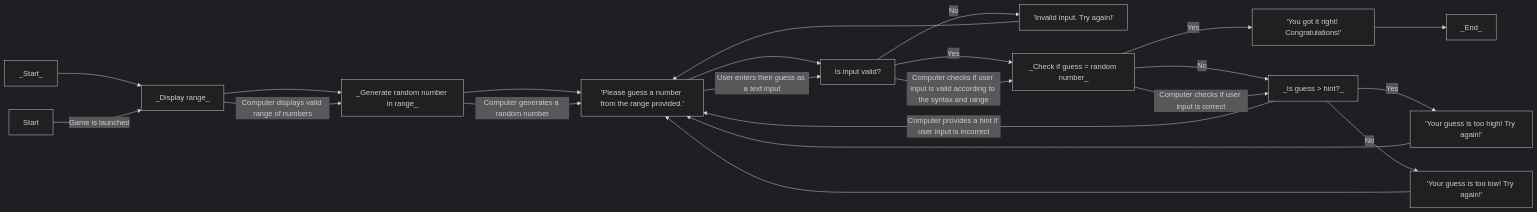
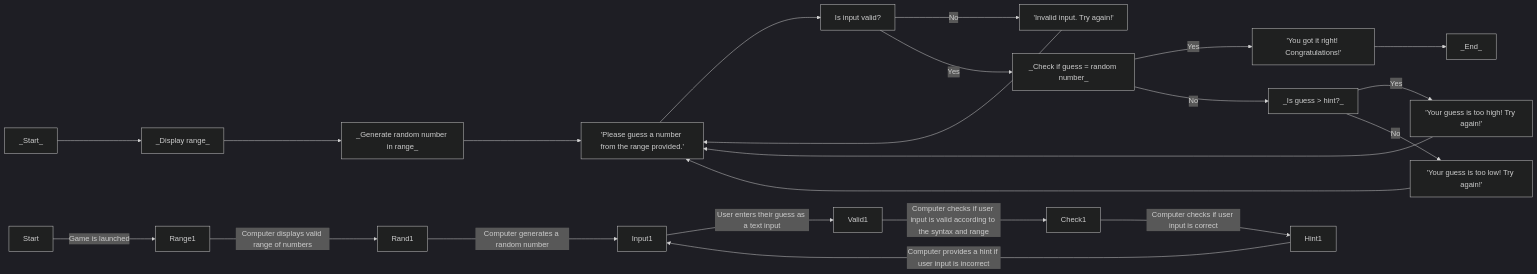
Before and after one commit to rfk-waketech/rfk-waketech.github.io: the diagram in Guessing.md, drawn with Mermaid (dark theme).

````diff
--- a/Guessing.md
+++ b/Guessing.md
@@ -1,16 +1,16 @@
 ```mermaid
 flowchart LR
 _Start_ --> Range[_Display range_]
 Range --> Rand[_Generate random number in range_]
 Rand --> Input['Please guess a number from the range provided.']
 Input --> Valid[Is input valid?]
 Valid --> |No| Error['Invalid input. Try again!'] --> Input
 Valid --> |Yes| Check[_Check if guess = random number_]
 Check --> |Yes| End['You got it right! Congratulations!'] --> _End_
 Check --> |No| Hint[_Is guess > hint?_]
 Hint --> |Yes| High['Your guess is too high! Try again!'] --> Input
 Hint --> |No| Low['Your guess is too low! Try again!'] --> Input
 
-%% Start --> Range --> Rand --> Input --> Valid --> Check --> Hint
-Start -- Game is launched --> Range -- Computer displays valid range of numbers --> Rand -- Computer generates a random number --> Input -- User enters their guess as a text input --> Valid -- Computer checks if user input is valid according to the syntax and range --> Check -- Computer checks if user input is correct --> Hint -- Computer provides a hint if user input is incorrect --> Input
+%% Start --> Range1 --> Rand1 --> Input1 --> Valid1 --> Check1 --> Hint1
+Start -- Game is launched --> Range1 -- Computer displays valid range of numbers --> Rand1 -- Computer generates a random number --> Input1 -- User enters their guess as a text input --> Valid1 -- Computer checks if user input is valid according to the syntax and range --> Check1 -- Computer checks if user input is correct --> Hint1 -- Computer provides a hint if user input is incorrect --> Input1
 ```
````
